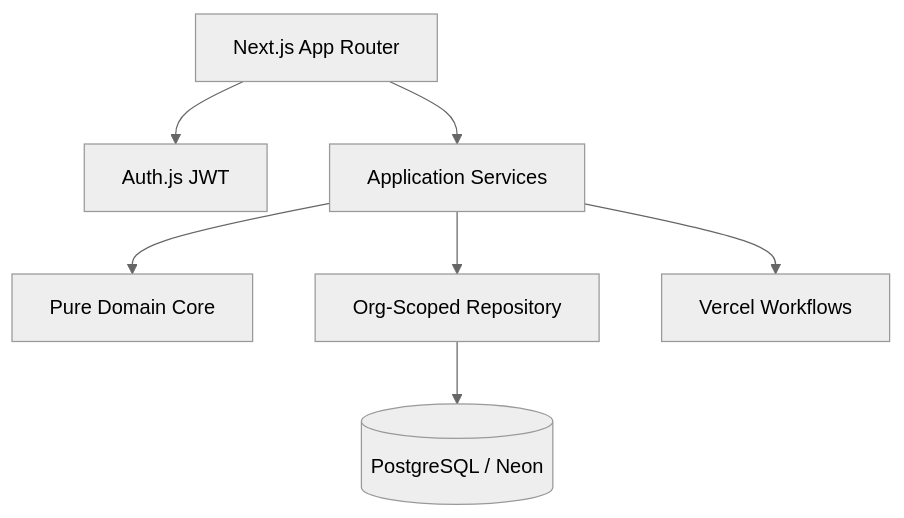
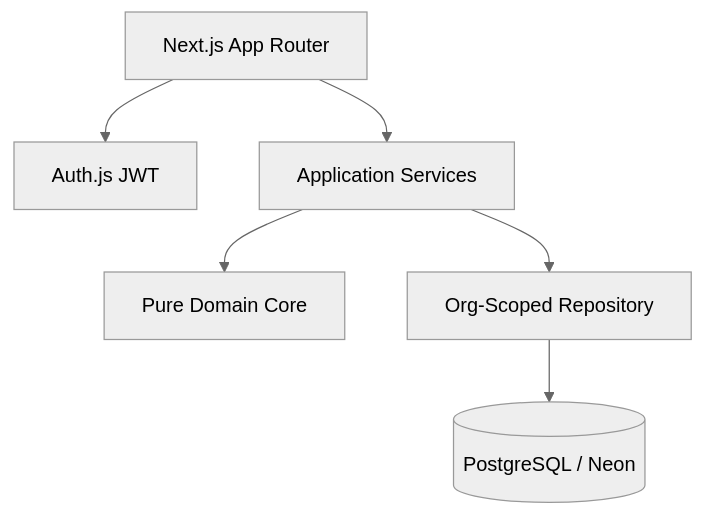
One commit to AloeThron/shift-flow changed the diagram in README.md. Above: the diagram before and after it, drawn with Mermaid (neutral theme). The commit also changed other lines of this file and 199 other files, not shown here.

````diff
--- a/README.md
+++ b/README.md
@@ -35,9 +35,8 @@
 ```mermaid
 flowchart TB
   UI[Next.js App Router] --> Auth[Auth.js JWT]
   UI --> Services[Application Services]
   Services --> Domain[Pure Domain Core]
   Services --> Repo[Org-Scoped Repository]
   Repo --> DB[(PostgreSQL / Neon)]
-  Services --> Workflow[Vercel Workflows]
 ```
````
